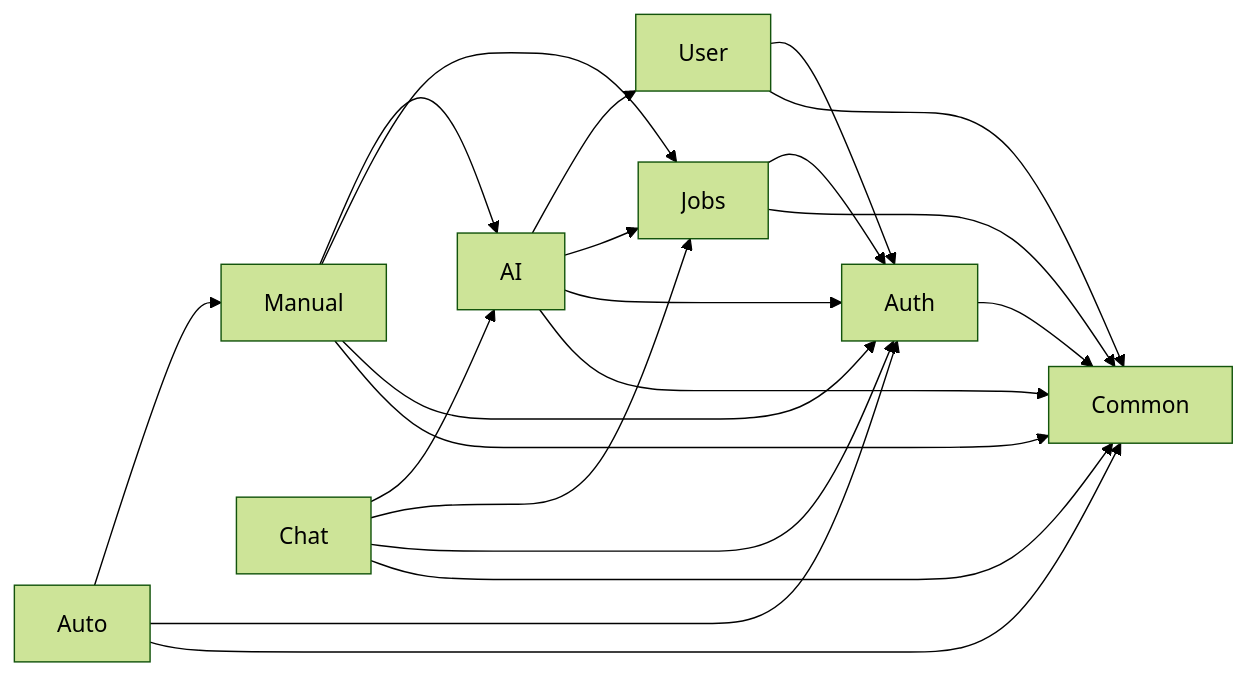
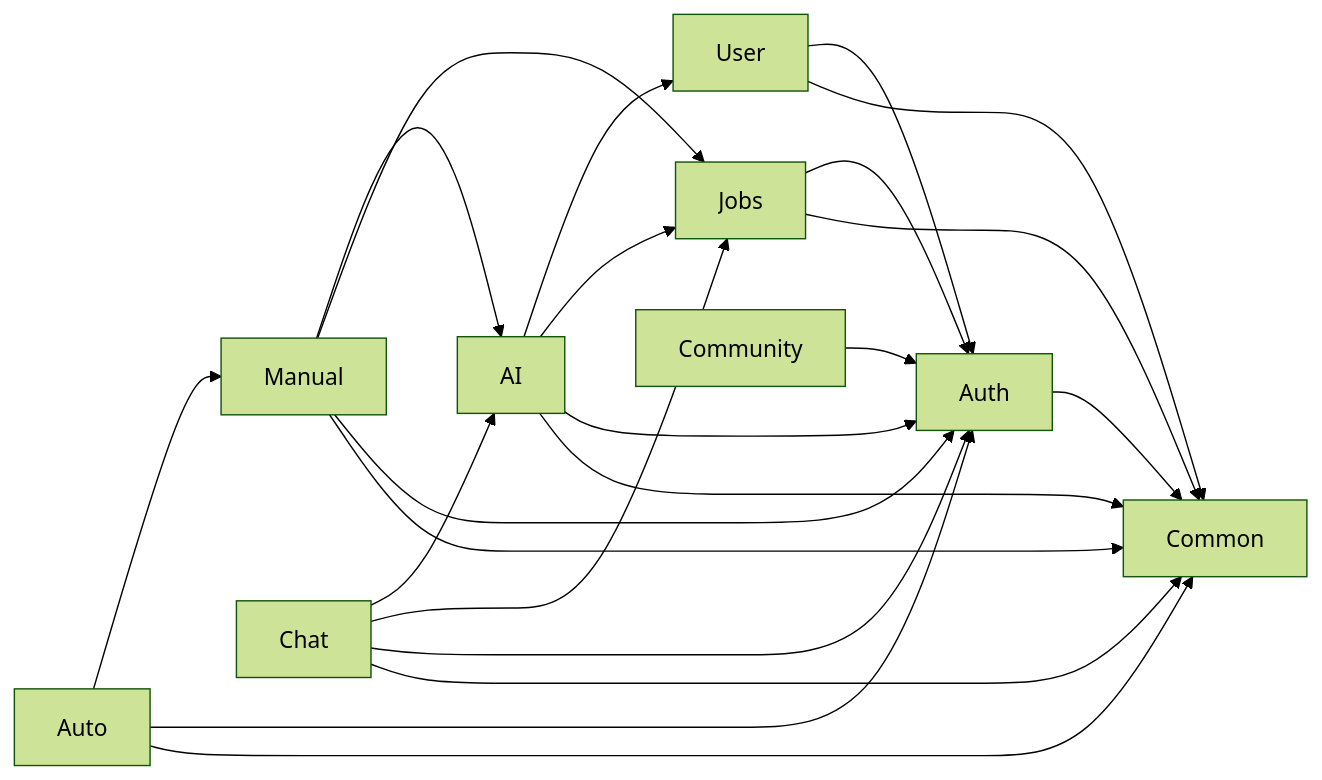
Before and after one commit to Venkata-Nageswara-Bhadri78/CodePilot: the second of 2 diagrams in docs/ARCHITECTURE.md, drawn with Mermaid (forest theme). The commit also changed other lines of this file and 15 other files, not shown here.

Commit message:
feat(community): add community database schema and constraints

````diff
--- a/docs/ARCHITECTURE.md
+++ b/docs/ARCHITECTURE.md
@@ -112,23 +118,24 @@
 ```mermaid
 flowchart LR
     Manual --> AI
     Auto --> Manual
     Chat --> AI
     Chat --> Jobs
     Manual --> Jobs
     AI --> User
     AI --> Jobs
     User --> Auth
     Jobs --> Auth
     Chat --> Auth
+    Community --> Auth
     AI --> Auth
     Manual --> Auth
     Auto --> Auth
     Auth --> Common
     User --> Common
     Jobs --> Common
     AI --> Common
     Chat --> Common
     Manual --> Common
     Auto --> Common
 ```
````
